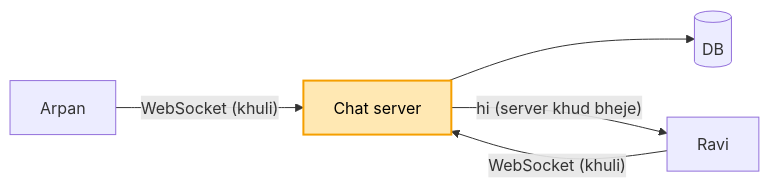
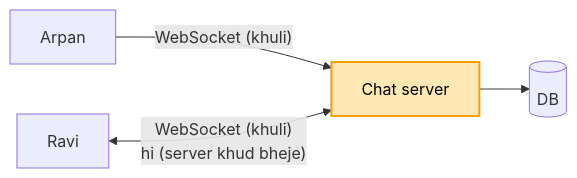
The first of 11 diagrams in 04_HLD/SYSTEM_DESIGNS/14_chat_messaging/14_chat_messaging.md (ArpanMaheshwari144/Prep), drawn with Mermaid before and after one commit. The commit also changed other lines of this file and 7 other files, not shown here.

Commit message:
HLD diagram: 13 jagah do dabbon ke beech do teer the (label dabbe pe chadhta) -> ek teer, jaata / wapas do line

````diff
--- a/04_HLD/SYSTEM_DESIGNS/14_chat_messaging/14_chat_messaging.md
+++ b/04_HLD/SYSTEM_DESIGNS/14_chat_messaging/14_chat_messaging.md
@@ -74,8 +74,7 @@
 ```mermaid
 flowchart LR
     A["Arpan"] -- "WebSocket (khuli)" --> S["Chat server"]
-    R["Ravi"] -- "WebSocket (khuli)" --> S
+    R["Ravi"] <-->|"WebSocket (khuli)<br/>hi (server khud bheje)"| S
     S --> D[("DB")]
-    S -- "hi (server khud bheje)" --> R
     style S fill:#ffe8b3,stroke:#f59f00,stroke-width:2px,color:#000
 ```
````
